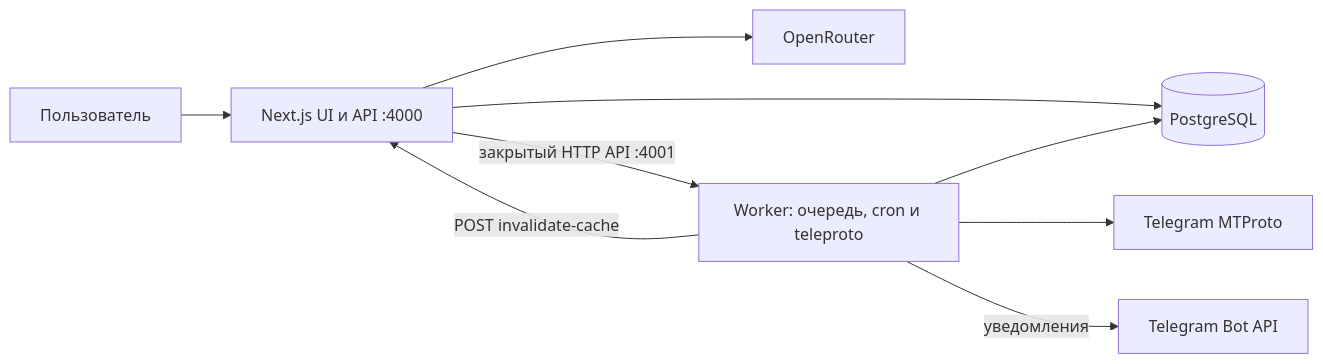
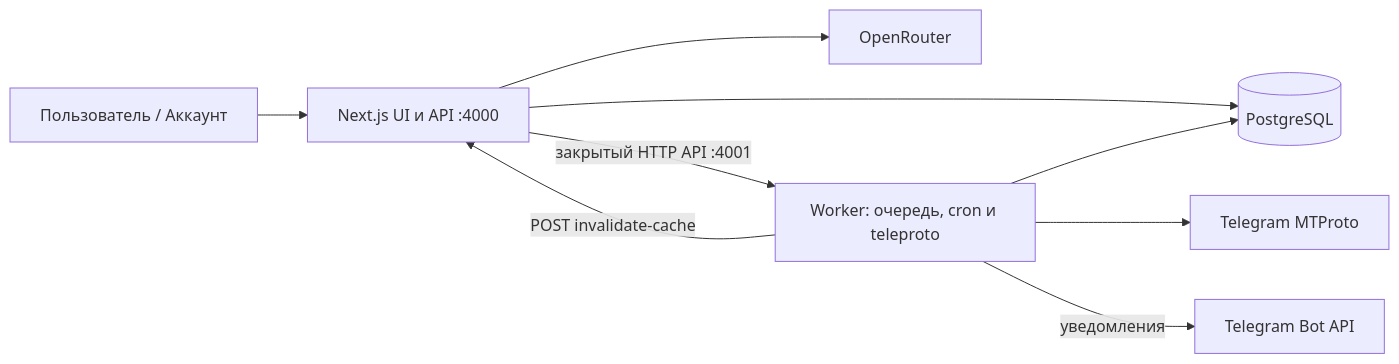
Before and after one commit to liquidsyntes/tg_mons: the first of 2 diagrams in docs/architecture.md, drawn with Mermaid. The commit also changed other lines of this file and 7 other files, not shown here.

````diff
--- a/docs/architecture.md
+++ b/docs/architecture.md
@@ -7,11 +7,11 @@
 ```mermaid
 flowchart LR
-    User[Пользователь] --> Web[Next.js UI и API :4000]
+    User[Пользователь / Аккаунт] --> Web[Next.js UI и API :4000]
     Web --> DB[(PostgreSQL)]
     Web --> AI[OpenRouter]
     Web -->|закрытый HTTP API :4001| Worker[Worker: очередь, cron и teleproto]
     Worker --> TG[Telegram MTProto]
     Worker --> DB
     Worker -->|уведомления| Bot[Telegram Bot API]
     Worker -->|POST invalidate-cache| Web
 ```
````
